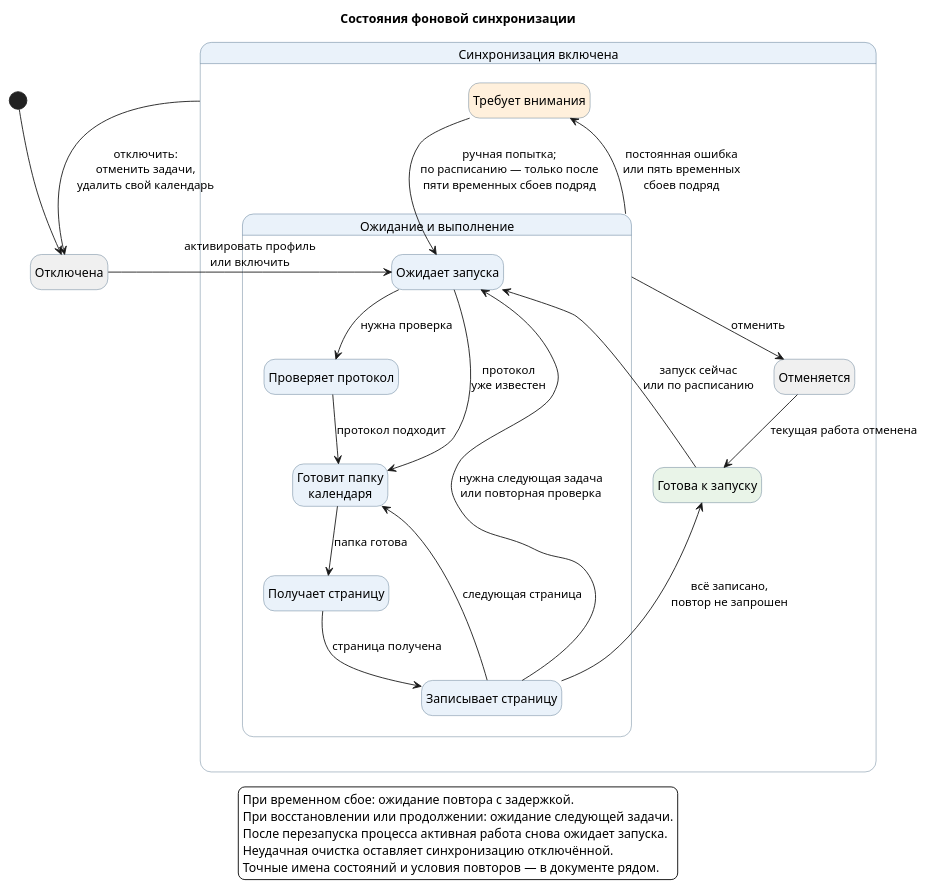
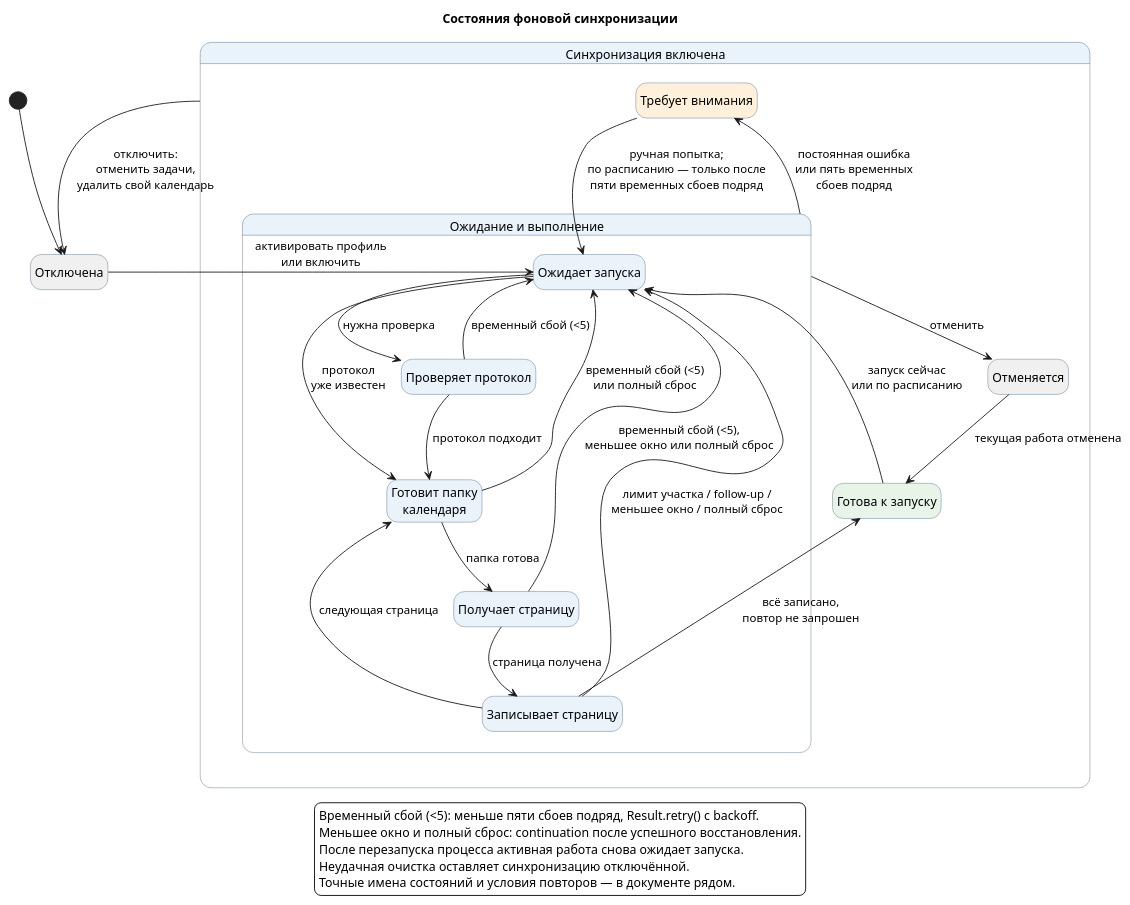
One commit to mixalich7b/exchange-sync-android changed the diagram in docs/diagrams/sync-state-machine.puml. Above: the diagram before and after it, drawn with PlantUML. The commit also changed 6 other files, not shown here.

```diff
--- a/docs/diagrams/sync-state-machine.puml
+++ b/docs/diagrams/sync-state-machine.puml
@@ -1,48 +1,51 @@
 @startuml
 title Состояния фоновой синхронизации
 hide empty description
 skinparam shadowing false
 skinparam backgroundColor white
 skinparam state {
   BackgroundColor #EAF2FA
   BorderColor #54718A
 }
 state "Отключена" as DISABLED #F0F0F0
 state "Синхронизация включена" as Enabled {
   state "Готова к запуску" as IDLE #E9F4E8
   state "Требует внимания" as BLOCKED #FFF0DC
   state "Отменяется" as CANCELLING #F0F0F0
   state "Ожидание и выполнение" as Active {
     state "Ожидает запуска" as QUEUED
     state "Проверяет протокол" as DISCOVERING_PROTOCOL
     state "Готовит папку\nкалендаря" as DISCOVERING_FOLDERS
     state "Получает страницу" as DOWNLOADING
     state "Записывает страницу" as APPLYING
 
     QUEUED --> DISCOVERING_PROTOCOL : нужна проверка
     QUEUED --> DISCOVERING_FOLDERS : протокол\nуже известен
     DISCOVERING_PROTOCOL --> DISCOVERING_FOLDERS : протокол подходит
     DISCOVERING_FOLDERS --> DOWNLOADING : папка готова
     DOWNLOADING --> APPLYING : страница получена
     APPLYING --> DISCOVERING_FOLDERS : следующая страница
-    APPLYING --> QUEUED : нужна следующая задача\nили повторная проверка
+    DISCOVERING_PROTOCOL --> QUEUED : временный сбой (<5)
+    DISCOVERING_FOLDERS --> QUEUED : временный сбой (<5)\nили полный сброс
+    DOWNLOADING --> QUEUED : временный сбой (<5),\nменьшее окно или полный сброс
+    APPLYING --> QUEUED : лимит участка / follow-up /\nменьшее окно / полный сброс
   }
   IDLE --> QUEUED : запуск сейчас\nили по расписанию
   BLOCKED --> QUEUED : ручная попытка;\nпо расписанию — только после\nпяти временных сбоев подряд
   APPLYING --> IDLE : всё записано,\nповтор не запрошен
   Active --> CANCELLING : отменить
   CANCELLING --> IDLE : текущая работа отменена
   Active --> BLOCKED : постоянная ошибка\nили пять временных\nсбоев подряд
 }
 [*] --> DISABLED
 DISABLED --> QUEUED : активировать профиль\nили включить
 Enabled --> DISABLED : отключить:\nотменить задачи,\nудалить свой календарь
 
 legend bottom
-При временном сбое: ожидание повтора с задержкой.
-При восстановлении или продолжении: ожидание следующей задачи.
+Временный сбой (<5): меньше пяти сбоев подряд, Result.retry() с backoff.
+Меньшее окно и полный сброс: continuation после успешного восстановления.
 После перезапуска процесса активная работа снова ожидает запуска.
 Неудачная очистка оставляет синхронизацию отключённой.
 Точные имена состояний и условия повторов — в документе рядом.
 endlegend
 @enduml
```
